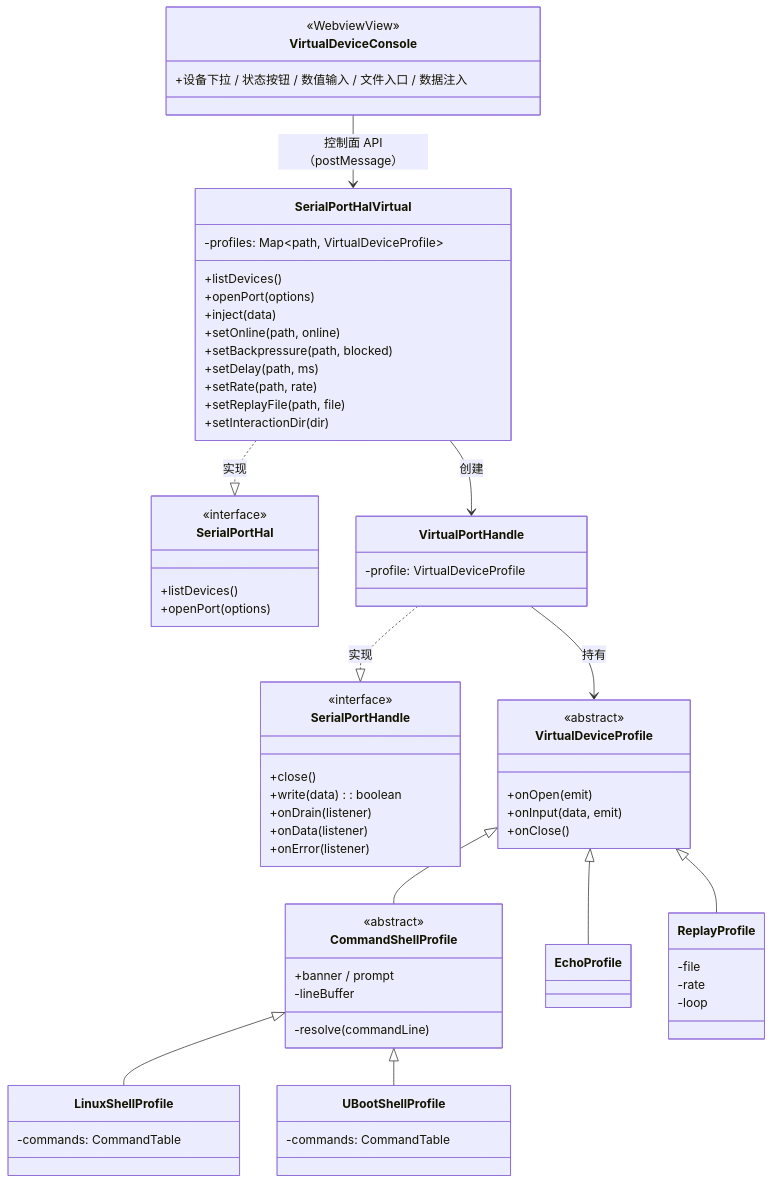
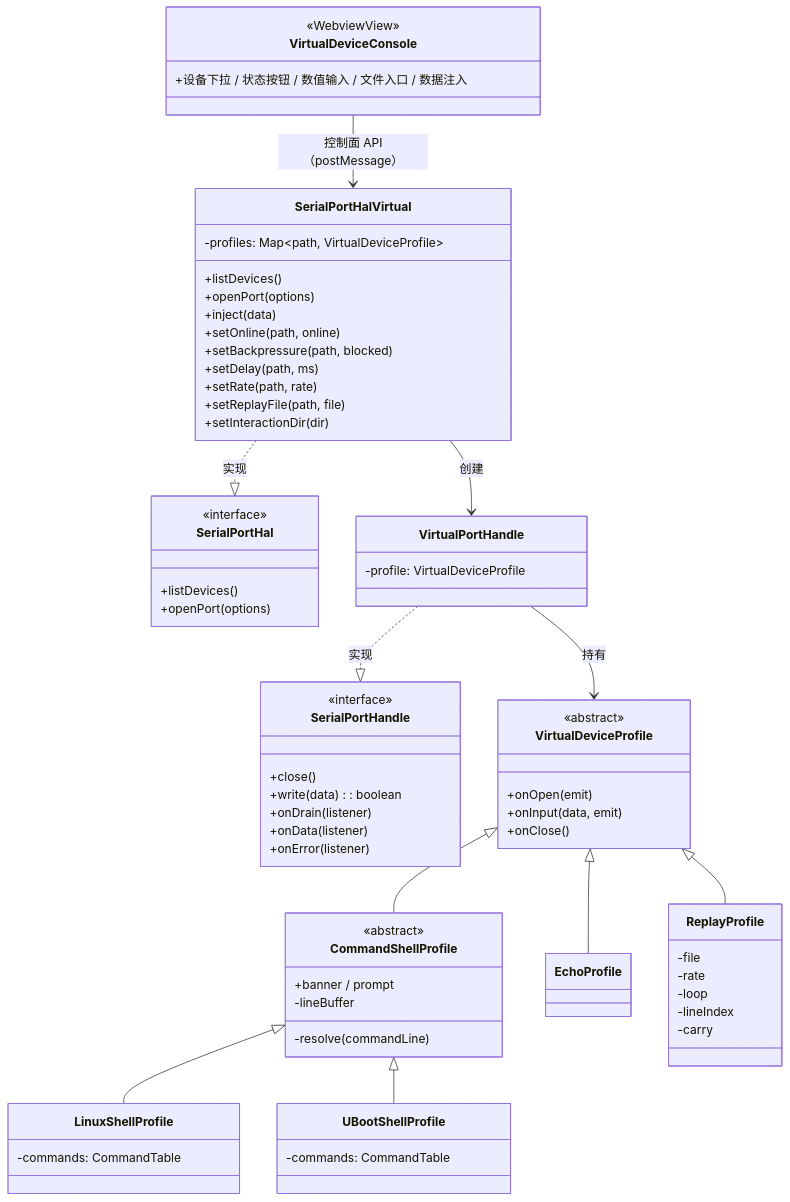
The diagram in doc/Hal/SerialPortHalVirtual规划.md (ziqiang-zhu/vscode-serial-port-terminal), drawn with Mermaid before and after one commit. The commit also changed other lines of this file and 10 other files, not shown here.

````diff
--- a/doc/Hal/SerialPortHalVirtual规划.md
+++ b/doc/Hal/SerialPortHalVirtual规划.md
@@ -193,69 +207,71 @@
 ```mermaid
 classDiagram
     class SerialPortHal {
         <<interface>>
         +listDevices()
         +openPort(options)
     }
     class SerialPortHandle {
         <<interface>>
         +close()
         +write(data): boolean
         +onDrain(listener)
         +onData(listener)
         +onError(listener)
     }
     class SerialPortHalVirtual {
         -profiles: Map~path, VirtualDeviceProfile~
         +listDevices()
         +openPort(options)
         +inject(data)
         +setOnline(path, online)
         +setBackpressure(path, blocked)
         +setDelay(path, ms)
         +setRate(path, rate)
         +setReplayFile(path, file)
         +setInteractionDir(dir)
     }
     class VirtualPortHandle {
         -profile: VirtualDeviceProfile
     }
     class VirtualDeviceProfile {
         <<abstract>>
         +onOpen(emit)
         +onInput(data, emit)
         +onClose()
     }
     class CommandShellProfile {
         <<abstract>>
         +banner / prompt
         -lineBuffer
         -resolve(commandLine)
     }
     class EchoProfile
     class LinuxShellProfile {
         -commands: CommandTable
     }
     class UBootShellProfile {
         -commands: CommandTable
     }
     class ReplayProfile {
         -file
         -rate
         -loop
+        -lineIndex
+        -carry
     }
     class VirtualDeviceConsole {
         <<WebviewView>>
         +设备下拉 / 状态按钮 / 数值输入 / 文件入口 / 数据注入
     }
     SerialPortHalVirtual ..|> SerialPortHal : 实现
     VirtualPortHandle ..|> SerialPortHandle : 实现
     SerialPortHalVirtual --> VirtualPortHandle : 创建
     VirtualPortHandle --> VirtualDeviceProfile : 持有
     VirtualDeviceProfile <|-- EchoProfile
     VirtualDeviceProfile <|-- CommandShellProfile
     CommandShellProfile <|-- LinuxShellProfile
     CommandShellProfile <|-- UBootShellProfile
     VirtualDeviceProfile <|-- ReplayProfile
     VirtualDeviceConsole --> SerialPortHalVirtual : 控制面 API（postMessage）
 ```
````
